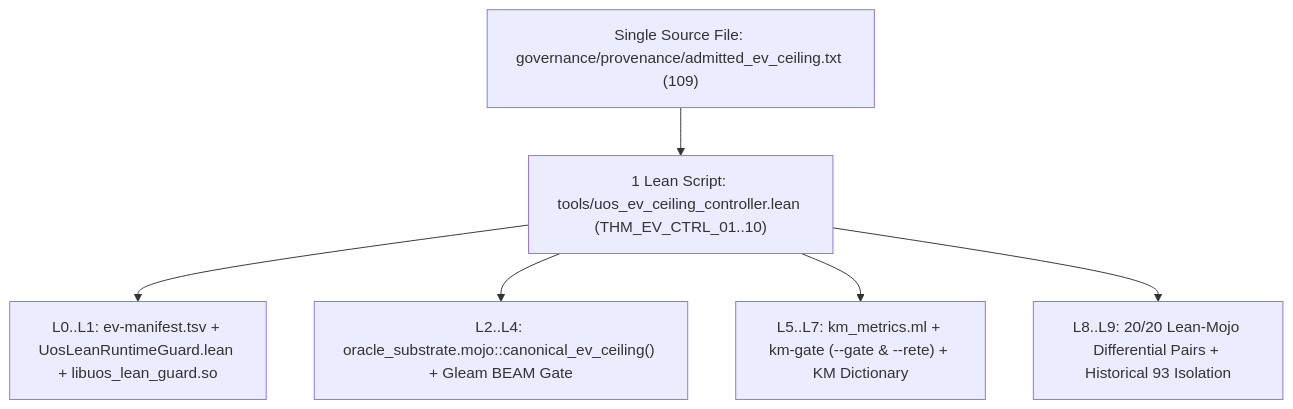
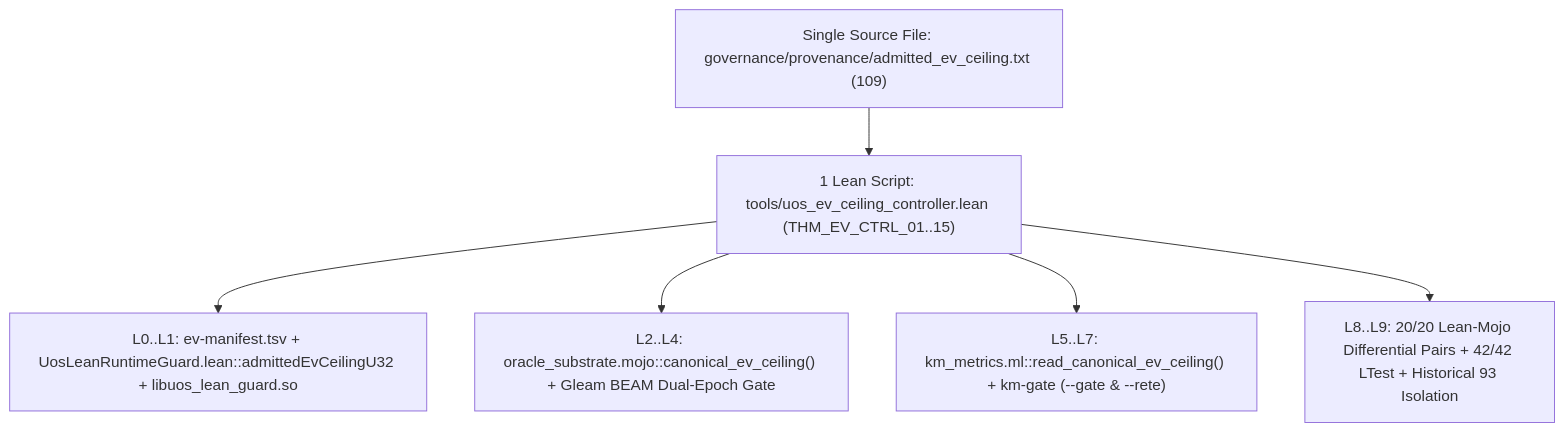
The diagram in docs/journal/20261109-0624-ev-ceiling-109-elevation-and-unified-ak47-lean-controller-journal.md (Anaik7799/uos), drawn with Mermaid before and after one commit. The commit also changed other lines of this file and 4 other files, not shown here.

Commit message:
feat(provenance,lean): add 10-layer fractal analysis, 15-theorem Lean EV-ceiling unifier & SC-JOURNAL-v3 ledger

````diff
--- a/docs/journal/20261109-0624-ev-ceiling-109-elevation-and-unified-ak47-lean-controller-journal.md
+++ b/docs/journal/20261109-0624-ev-ceiling-109-elevation-and-unified-ak47-lean-controller-journal.md
@@ -54,14 +73,14 @@
 ```mermaid
 flowchart TD
     SRC["Single Source File: governance/provenance/admitted_ev_ceiling.txt (109)"]
-    CTRL["1 Lean Script: tools/uos_ev_ceiling_controller.lean (THM_EV_CTRL_01..10)"]
-    L01["L0..L1: ev-manifest.tsv + UosLeanRuntimeGuard.lean + libuos_lean_guard.so"]
-    L24["L2..L4: oracle_substrate.mojo::canonical_ev_ceiling() + Gleam BEAM Gate"]
-    L57["L5..L7: km_metrics.ml + km-gate (--gate & --rete) + KM Dictionary"]
-    L89["L8..L9: 20/20 Lean-Mojo Differential Pairs + Historical 93 Isolation"]
+    CTRL["1 Lean Script: tools/uos_ev_ceiling_controller.lean (THM_EV_CTRL_01..15)"]
+    L01["L0..L1: ev-manifest.tsv + UosLeanRuntimeGuard.lean::admittedEvCeilingU32 + libuos_lean_guard.so"]
+    L24["L2..L4: oracle_substrate.mojo::canonical_ev_ceiling() + Gleam BEAM Dual-Epoch Gate"]
+    L57["L5..L7: km_metrics.ml::read_canonical_ev_ceiling() + km-gate (--gate & --rete)"]
+    L89["L8..L9: 20/20 Lean-Mojo Differential Pairs + 42/42 LTest + Historical 93 Isolation"]
     SRC --> CTRL
     CTRL --> L01
     CTRL --> L24
     CTRL --> L57
     CTRL --> L89
 ```
````
